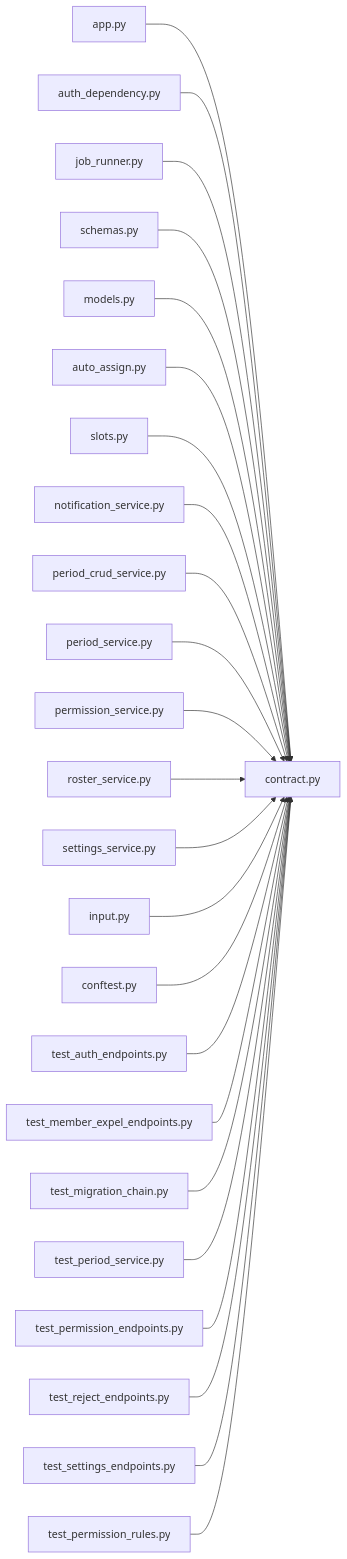
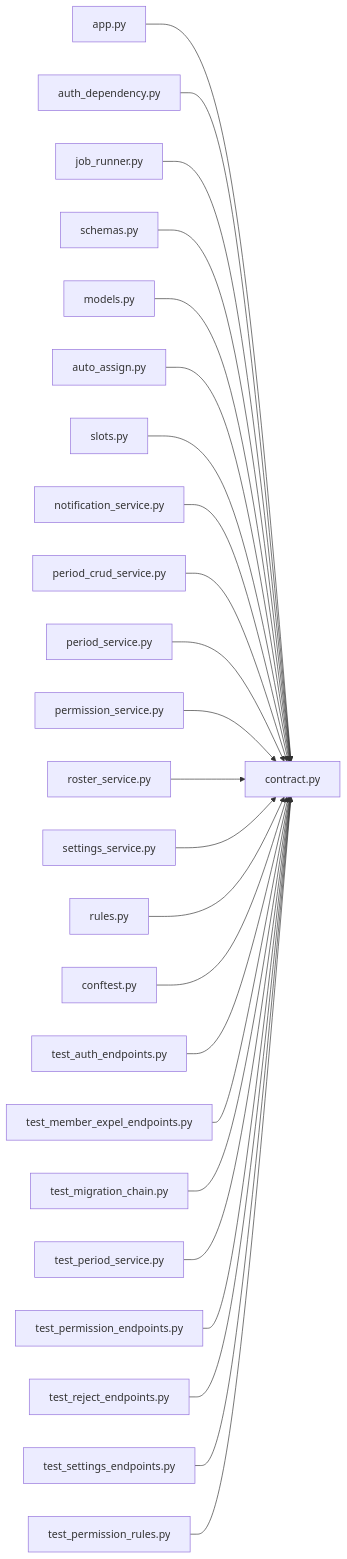
One commit to minkong-dev/Banblit changed the diagram in .cluedoc/graph/backend/src/backend/contract.md. Above: the diagram before and after it, drawn with Mermaid. The commit also changed other lines of this file and 75 other files, not shown here.

````diff
--- a/.cluedoc/graph/backend/src/backend/contract.md
+++ b/.cluedoc/graph/backend/src/backend/contract.md
@@ -10,27 +10,27 @@
 ```mermaid
 flowchart LR
   backend_src_backend_contract["contract.py"]
   backend_src_backend_api_app["app.py"] --> backend_src_backend_contract
   backend_src_backend_api_auth_dependency["auth_dependency.py"] --> backend_src_backend_contract
   backend_src_backend_api_job_runner["job_runner.py"] --> backend_src_backend_contract
   backend_src_backend_api_schemas["schemas.py"] --> backend_src_backend_contract
   backend_src_backend_db_models["models.py"] --> backend_src_backend_contract
   backend_src_backend_jobs_auto_assign["auto_assign.py"] --> backend_src_backend_contract
   backend_src_backend_scheduling_slots["slots.py"] --> backend_src_backend_contract
   backend_src_backend_services_notification_notification_service["notification_service.py"] --> backend_src_backend_contract
   backend_src_backend_services_period_period_crud_service["period_crud_service.py"] --> backend_src_backend_contract
   backend_src_backend_services_period_period_service["period_service.py"] --> backend_src_backend_contract
   backend_src_backend_services_permission_permission_service["permission_service.py"] --> backend_src_backend_contract
   backend_src_backend_services_roster_roster_service["roster_service.py"] --> backend_src_backend_contract
   backend_src_backend_services_settings_settings_service["settings_service.py"] --> backend_src_backend_contract
-  backend_src_backend_services_validation_input["input.py"] --> backend_src_backend_contract
+  backend_src_backend_services_validation_rules["rules.py"] --> backend_src_backend_contract
   backend_tests_conftest["conftest.py"] --> backend_src_backend_contract
   backend_tests_integration_db_test_auth_endpoints["test_auth_endpoints.py"] --> backend_src_backend_contract
   backend_tests_integration_db_test_member_expel_endpoints["test_member_expel_endpoints.py"] --> backend_src_backend_contract
   backend_tests_integration_db_test_migration_chain["test_migration_chain.py"] --> backend_src_backend_contract
   backend_tests_integration_db_test_period_service["test_period_service.py"] --> backend_src_backend_contract
   backend_tests_integration_db_test_permission_endpoints["test_permission_endpoints.py"] --> backend_src_backend_contract
   backend_tests_integration_db_test_reject_endpoints["test_reject_endpoints.py"] --> backend_src_backend_contract
   backend_tests_integration_db_test_settings_endpoints["test_settings_endpoints.py"] --> backend_src_backend_contract
   backend_tests_unit_test_permission_rules["test_permission_rules.py"] --> backend_src_backend_contract
 ```
````
